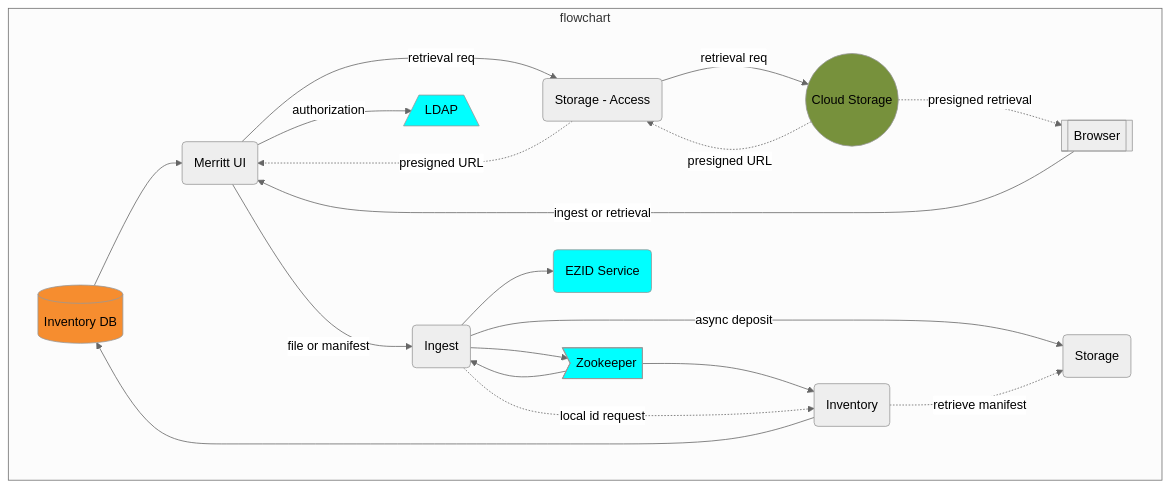
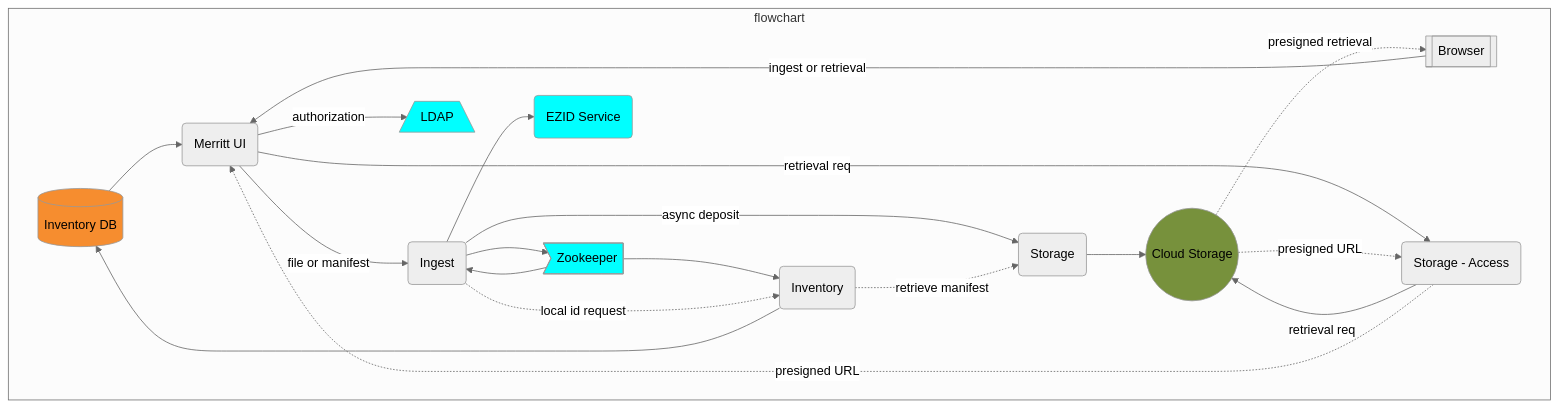
One commit to terrywbrady/mermaid-test changed the diagram in data/merritt.mmd. Above: the diagram before and after it, drawn with Mermaid. The commit also changed other lines of this file and 1 other file, not shown here.

```diff
--- a/data/merritt.mmd
+++ b/data/merritt.mmd
@@ -1,49 +1,50 @@
 %%{init: {'theme': 'neutral', 'securityLevel': 'loose'}}%%
 graph TD
   RDS[(Inventory DB)]
   UI("Merritt UI")
   click UI href "https://github.com/CDLUC3/mrt-dashboard" "source code"
   ING(Ingest)
   click ING href "https://github.com/CDLUC3/mrt-ingest" "source code"
   ST(Storage)
   click ST href "https://github.com/CDLUC3/mrt-store" "source code"
   STACC(Storage - Access)
   click STACC href "https://github.com/CDLUC3/mrt-store" "source code"
   INV(Inventory)
   click INV href "https://github.com/CDLUC3/mrt-inventory" "source code"
   CLOUD(("Cloud Storage"))
   click INV href "https://github.com/CDLUC3/mrt-cloud" "source code"
   LDAP[/LDAP\]
   ZOO>Zookeeper]
   click ZOO href "https://github.com/CDLUC3/mrt-zoo" "source code"
   EZID(EZID Service)
   click EZID href "https://ezid.cdlib.org/" "service link"
   BROWSER[[Browser]]
 
   subgraph flowchart
     BROWSER --> |ingest or retrieval| UI
     RDS --> UI
     UI --> |"file or manifest"| ING
     UI --> |authorization| LDAP
     ING --> |"async deposit"| ST
     ING --> ZOO
     ZOO --> ING
     ZOO --> INV
     UI ---> |retrieval req| STACC
     INV --> RDS
     STACC --> |retrieval req| CLOUD
     CLOUD -.-> |presigned URL| STACC
     STACC -.-> |presigned URL| UI
     ING --> EZID
     CLOUD -.-> |presigned retrieval| BROWSER
     ING -.-> |local id request| INV
     INV -.-> |retrieve manifest| ST
+    ST --> CLOUD
   end
 
   style CLOUD fill:#77913C
   style RDS fill:#F68D2F
   style LDAP fill:cyan
   style ZOO fill:cyan
   style EZID fill:cyan
   
   classDef FOCUS stroke:red,stroke-width:5px,fill:yellow
```
